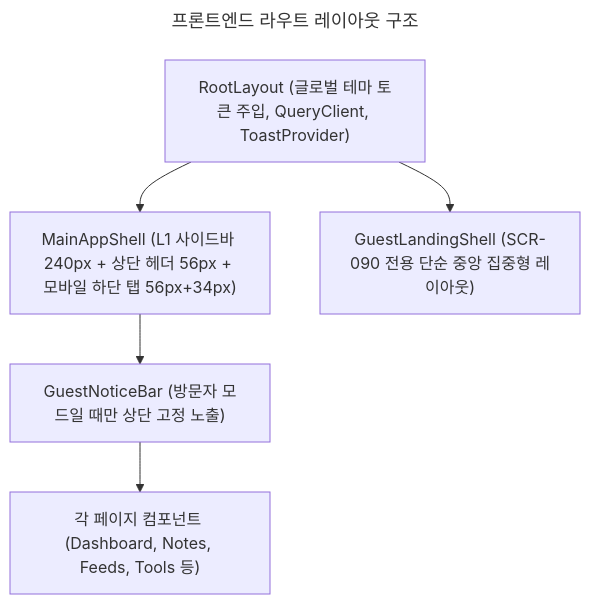
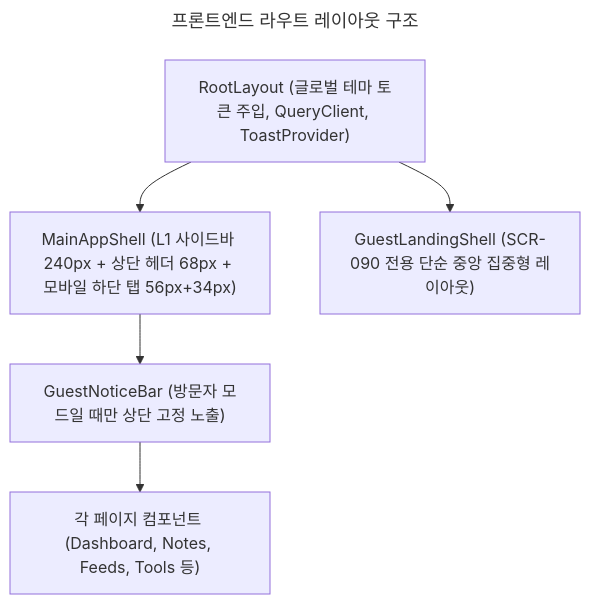
The diagram in frontend/fe-003-routing-pages.md (lkh-space/my-space-docs), drawn with Mermaid before and after one commit. The commit also changed other lines of this file and 4 other files, not shown here.

````diff
--- a/frontend/fe-003-routing-pages.md
+++ b/frontend/fe-003-routing-pages.md
@@ -98,18 +103,18 @@
 ```mermaid
 ---
 title: 프론트엔드 라우트 레이아웃 구조
 ---
 flowchart TD
   RootLayout["RootLayout (글로벌 테마 토큰 주입, QueryClient, ToastProvider)"]
 
-  MainShell["MainAppShell (L1 사이드바 240px + 상단 헤더 56px + 모바일 하단 탭 56px+34px)"]
+  MainShell["MainAppShell (L1 사이드바 240px + 상단 헤더 68px + 모바일 하단 탭 56px+34px)"]
   GuestNoticeBar["GuestNoticeBar (방문자 모드일 때만 상단 고정 노출)"]
 
   GuestLandingShell["GuestLandingShell (SCR-090 전용 단순 중앙 집중형 레이아웃)"]
 
   RootLayout --> MainShell
   RootLayout --> GuestLandingShell
 
   MainShell --> GuestNoticeBar
   GuestNoticeBar --> PageContent["각 페이지 컴포넌트 (Dashboard, Notes, Feeds, Tools 등)"]
 ```
````
